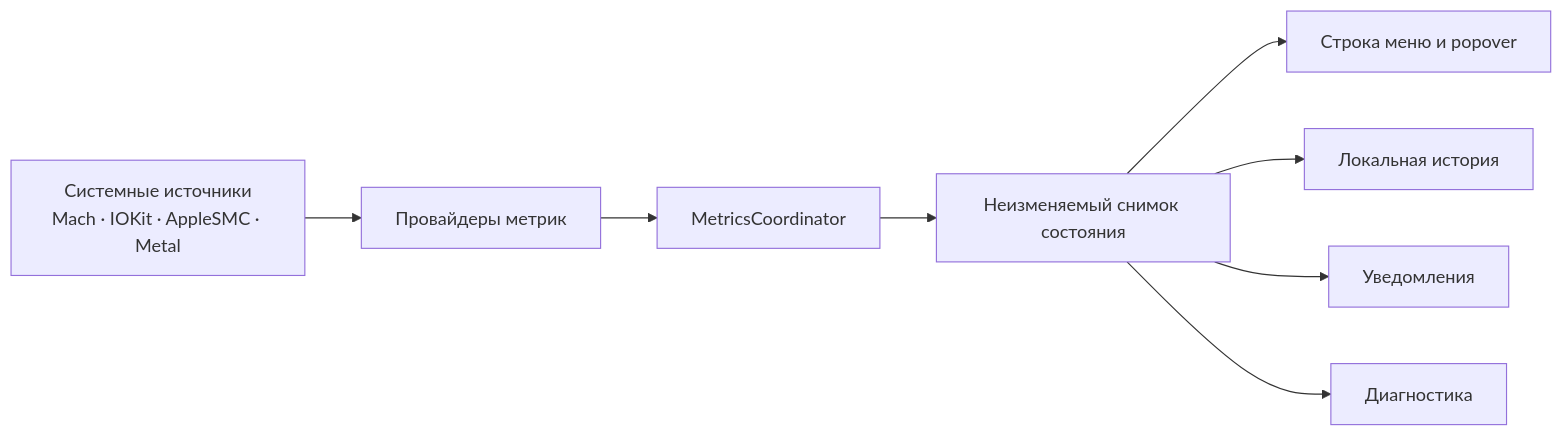
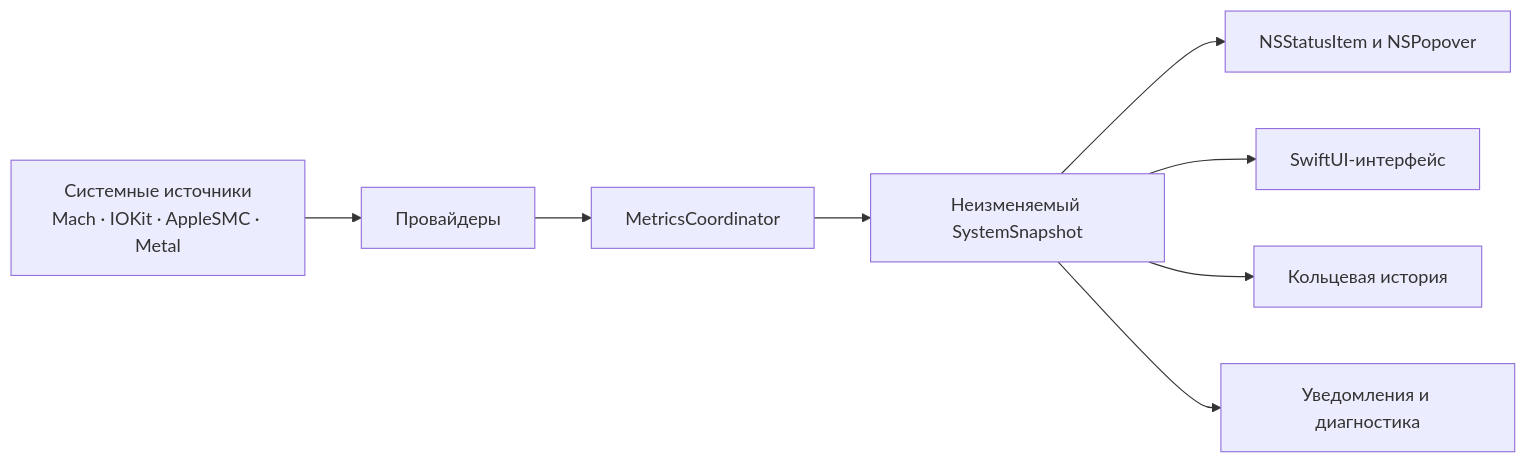
Before and after one commit to MishkaStrategy/-MacVitals: the diagram in README.md, drawn with Mermaid. The commit also changed other lines of this file and 1 other file, not shown here.

````diff
--- a/README.md
+++ b/README.md
@@ -105,10 +115,10 @@
 ```mermaid
 flowchart LR
-    A[Системные источники\nMach · IOKit · AppleSMC · Metal] --> B[Провайдеры метрик]
+    A[Системные источники\nMach · IOKit · AppleSMC · Metal] --> B[Провайдеры]
     B --> C[MetricsCoordinator]
-    C --> D[Неизменяемый снимок состояния]
-    D --> E[Строка меню и popover]
-    D --> F[Локальная история]
-    D --> G[Уведомления]
-    D --> H[Диагностика]
+    C --> D[Неизменяемый SystemSnapshot]
+    D --> E[NSStatusItem и NSPopover]
+    D --> F[SwiftUI-интерфейс]
+    D --> G[Кольцевая история]
+    D --> H[Уведомления и диагностика]
 ```
````
